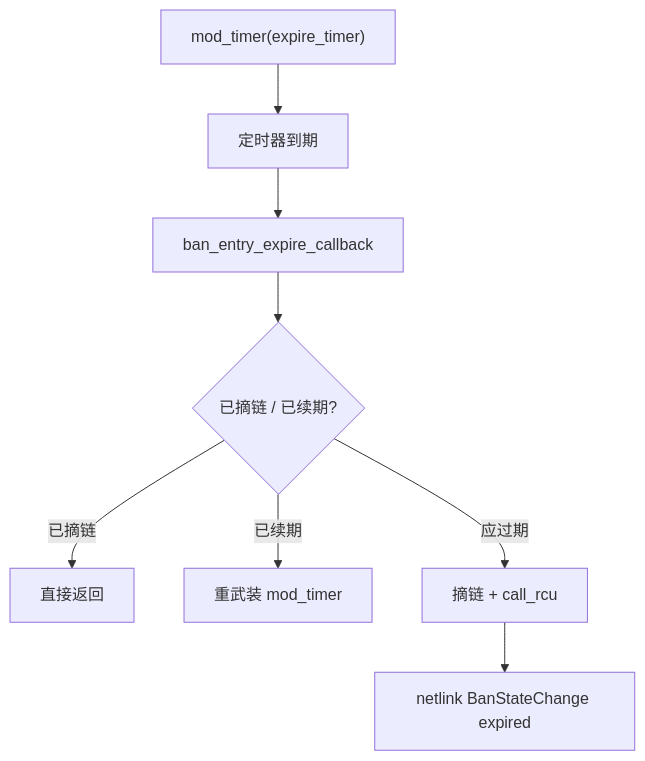
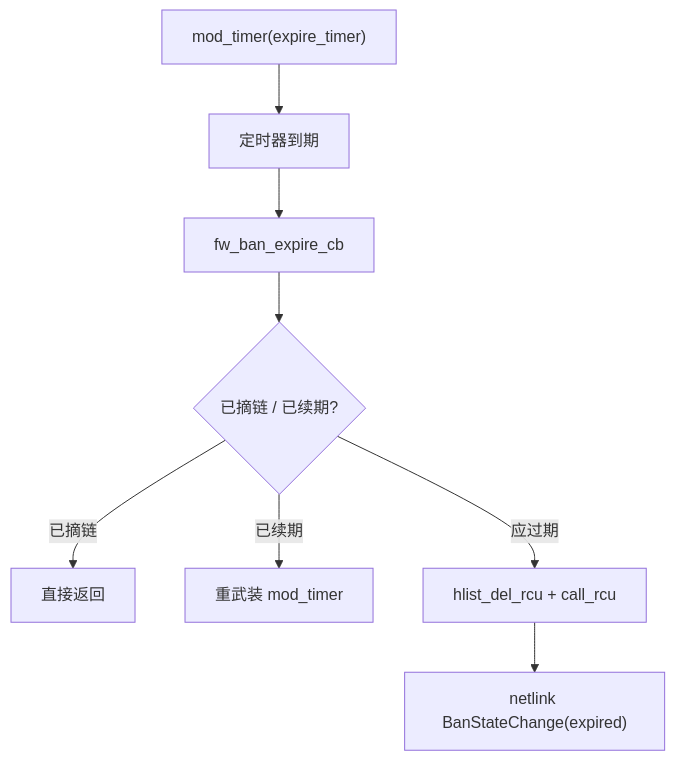
One commit to SnowCore8/linux-firewall-kmod changed the second of 4 diagrams in docs/zh/architecture/kernel-module.md. Above: the diagram before and after it, drawn with Mermaid. The commit also changed other lines of this file and 5 other files, not shown here.

First line of the commit message:
docs(kmod): rewrite the kernel module architecture doc for the Phase 1 design

````diff
--- a/docs/zh/architecture/kernel-module.md
+++ b/docs/zh/architecture/kernel-module.md
@@ -207,10 +374,10 @@
 ```mermaid
 graph TB
     A["mod_timer(expire_timer)"] --> B["定时器到期"]
-    B --> C["ban_entry_expire_callback"]
+    B --> C["fw_ban_expire_cb"]
     C --> D{"已摘链 / 已续期?"}
     D -->|已摘链| E["直接返回"]
     D -->|已续期| F["重武装 mod_timer"]
-    D -->|应过期| G["摘链 + call_rcu"]
-    G --> H["netlink BanStateChange expired"]
+    D -->|应过期| G["hlist_del_rcu + call_rcu"]
+    G --> H["netlink BanStateChange(expired)"]
 ```
````
